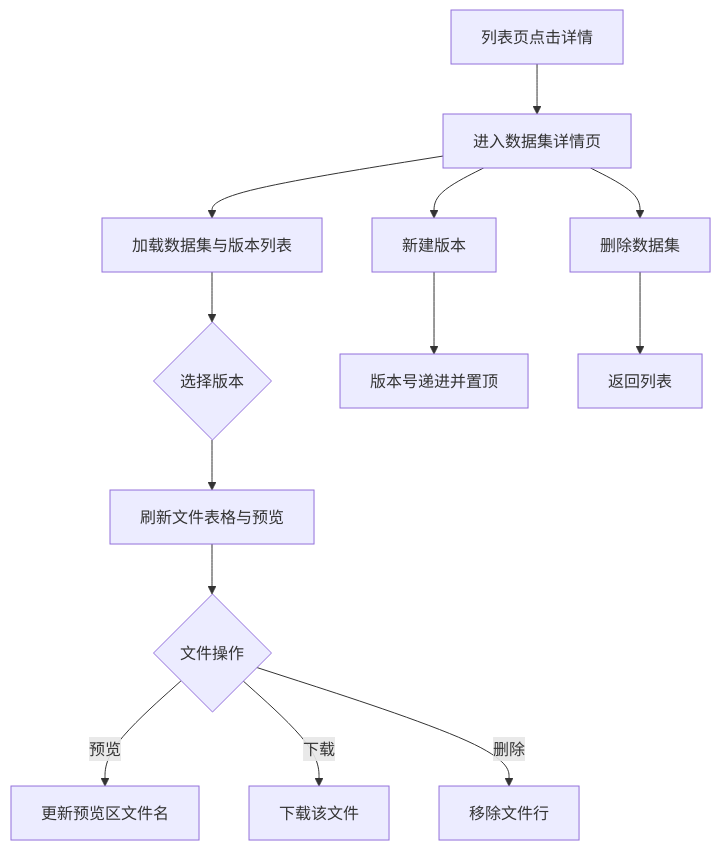
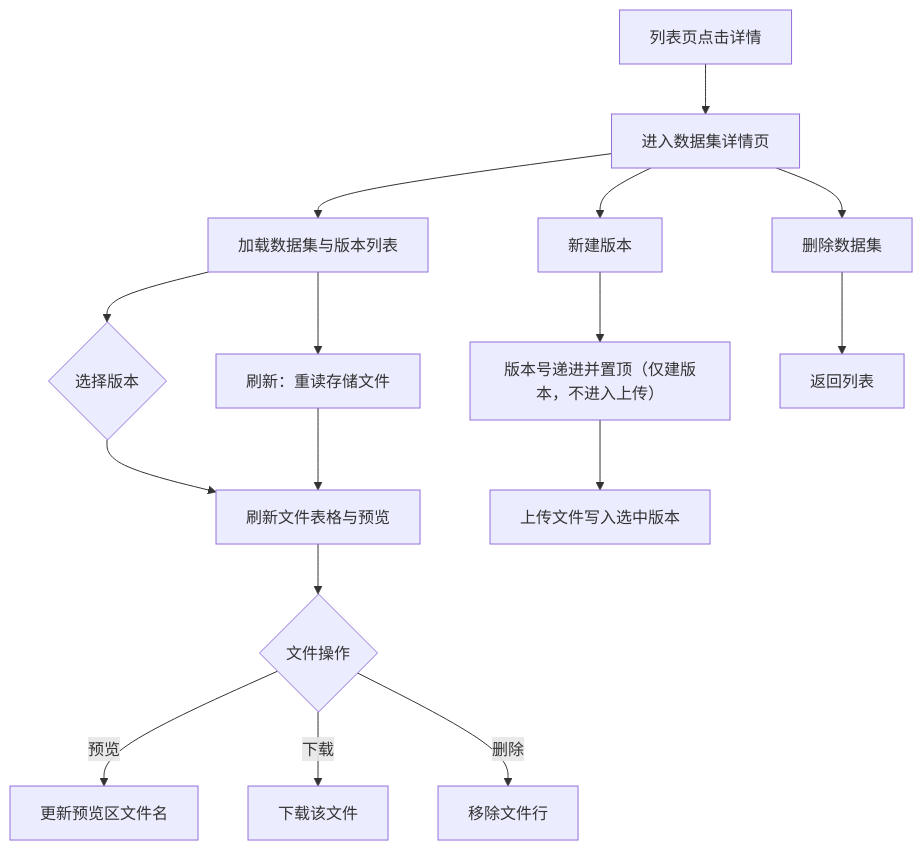
One commit to MeehanCole/prototype-platform changed the diagram in src/pages/算力加速平台/数据管理/数据集详情/prd.md. Above: the diagram before and after it, drawn with Mermaid. The commit also changed other lines of this file and 10 other files, not shown here.

````diff
--- a/src/pages/算力加速平台/数据管理/数据集详情/prd.md
+++ b/src/pages/算力加速平台/数据管理/数据集详情/prd.md
@@ -117,15 +118,18 @@
 ```mermaid
 flowchart TD
   A[列表页点击详情] --> B[进入数据集详情页]
   B --> C[加载数据集与版本列表]
+  C --> R[刷新：重读存储文件]
   C --> D{选择版本}
   D --> E[刷新文件表格与预览]
   E --> F{文件操作}
   F -- 预览 --> G[更新预览区文件名]
   F -- 下载 --> H[下载该文件]
   F -- 删除 --> I[移除文件行]
+  R --> E
   B --> J[新建版本]
-  J --> K[版本号递进并置顶]
+  J --> K[版本号递进并置顶（仅建版本，不进入上传）]
+  K --> N[上传文件写入选中版本]
   B --> L[删除数据集]
   L --> M[返回列表]
 ```
````
